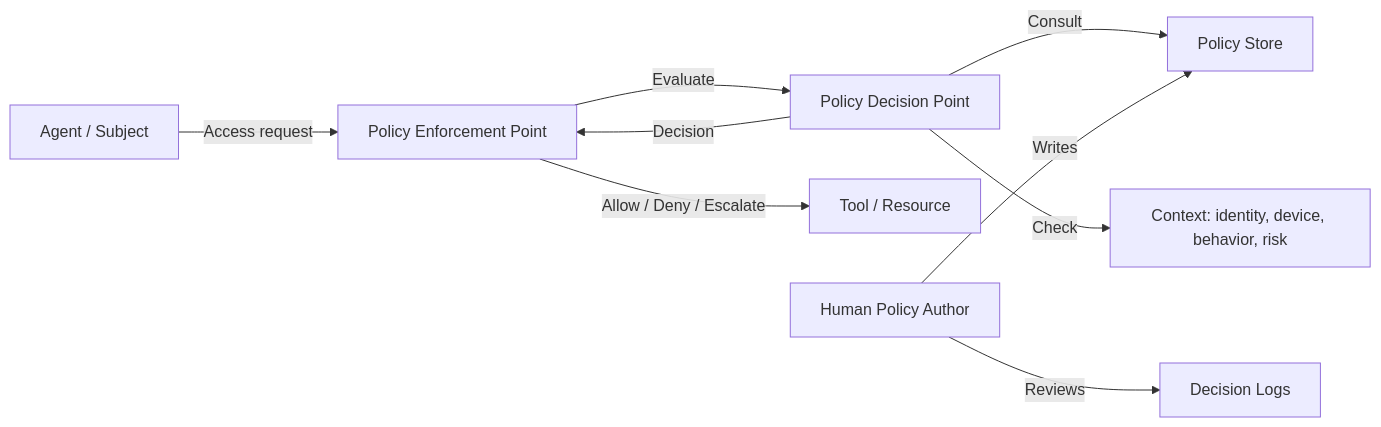
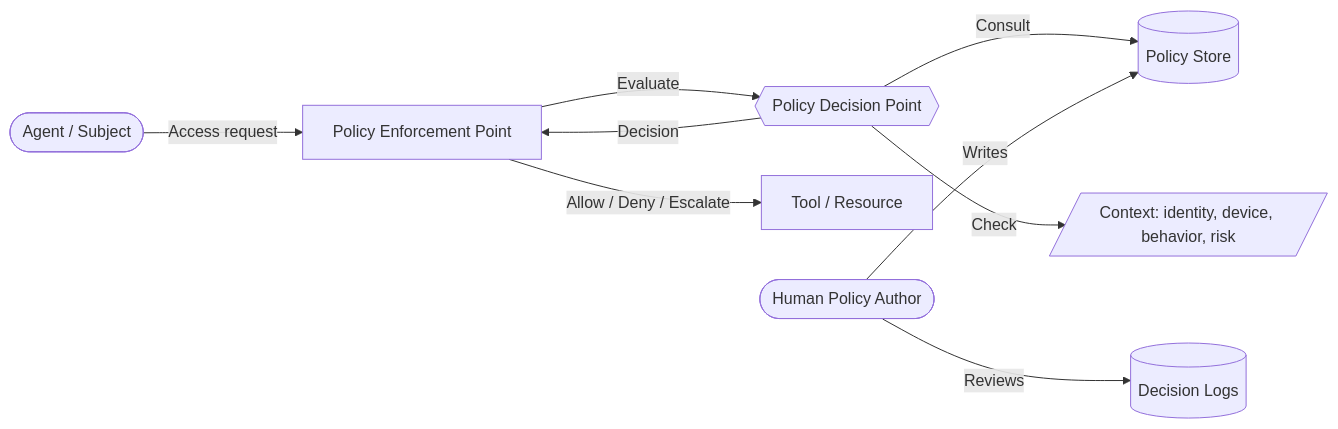
The second of 3 diagrams in src/content/analysis/human-above-the-loop.mdx (CyberdaemonAI/cyberdaemon-site), drawn with Mermaid before and after one commit. The commit also changed other lines of this file and 23 other files, not shown here.

First line of the commit message:
style(diagrams): retrofit all mermaid diagrams to flowchart syntax site-wide

````diff
--- a/src/content/analysis/human-above-the-loop.mdx
+++ b/src/content/analysis/human-above-the-loop.mdx
@@ -138,11 +138,11 @@
 ```mermaid
-graph LR
-    SUBJECT[Agent / Subject] -->|Access request| PEP[Policy Enforcement Point]
-    PEP -->|Evaluate| PDP[Policy Decision Point]
-    PDP -->|Consult| POLICY[Policy Store]
-    PDP -->|Check| CONTEXT[Context: identity, device, behavior, risk]
+flowchart LR
+    SUBJECT([Agent / Subject]) -->|Access request| PEP[Policy Enforcement Point]
+    PEP -->|Evaluate| PDP{{Policy Decision Point}}
+    PDP -->|Consult| POLICY[(Policy Store)]
+    PDP -->|Check| CONTEXT[/Context: identity, device, behavior, risk/]
     PDP -->|Decision| PEP
     PEP -->|Allow / Deny / Escalate| RESOURCE[Tool / Resource]
-    HUMAN[Human Policy Author] -->|Writes| POLICY
-    HUMAN -->|Reviews| LOGS[Decision Logs]
+    HUMAN([Human Policy Author]) -->|Writes| POLICY
+    HUMAN -->|Reviews| LOGS[(Decision Logs)]
 ```
````
